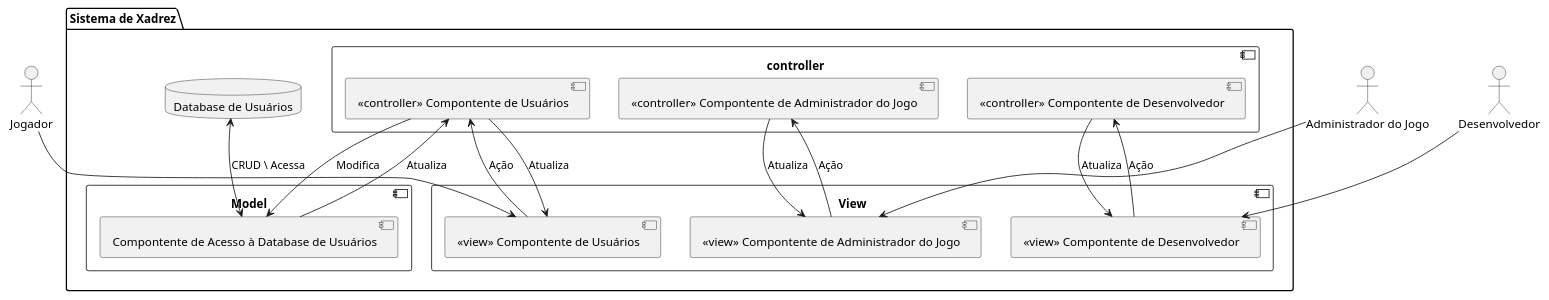
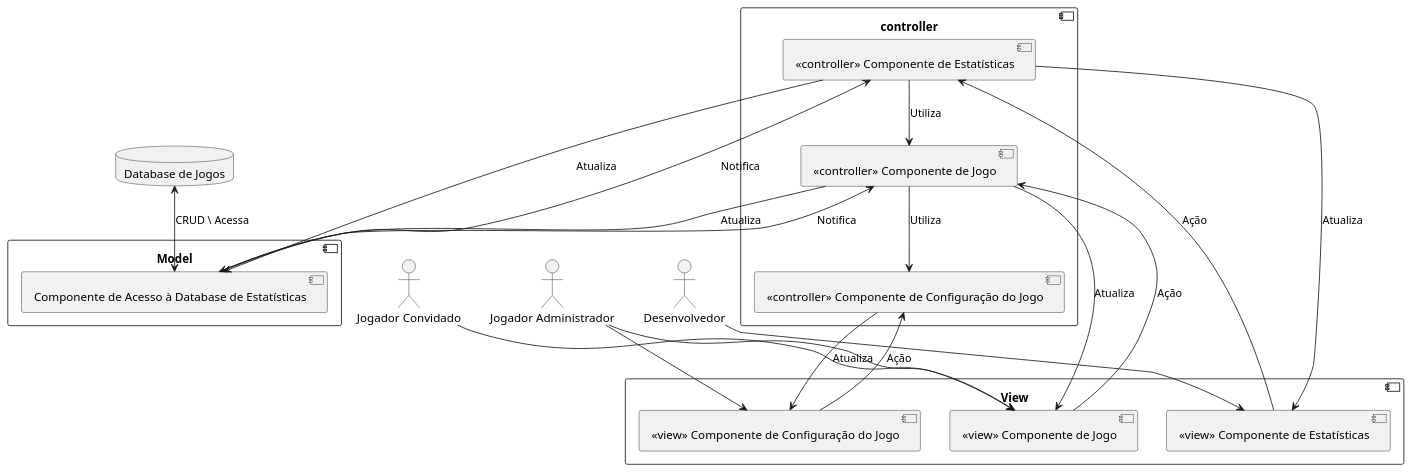
The diagram in modeloArquitetura.plantuml (luana-hartmann/SSC0621), drawn with PlantUML before and after one commit. The commit also changed 4 other files, not shown here.

Commit message:
updates important diagrams

```diff
--- a/modeloArquitetura.plantuml
+++ b/modeloArquitetura.plantuml
@@ -1,53 +1,58 @@
 @startuml modeloArquitetura
-package "Sistema de Xadrez" {
   component "View"{
-    [<<view>> Compontente de Usuários]
-    [<<view>> Compontente de Administrador do Jogo]
-    [<<view>> Compontente de Desenvolvedor]
+    [<<view>> Componente de Jogo]
+    [<<view>> Componente de Configuração do Jogo]
+    [<<view>> Componente de Estatísticas]
   }
   component "controller"{
-    [<<controller>> Compontente de Usuários]
-    [<<controller>> Compontente de Administrador do Jogo]
-    [<<controller>> Compontente de Desenvolvedor]
+    [<<controller>> Componente de Jogo]
+    [<<controller>> Componente de Configuração do Jogo]
+    [<<controller>> Componente de Estatísticas]
   }
 
   component "Model"{
-    [Compontente de Acesso à Database de Usuários]
+    [Componente de Acesso à Database de Estatísticas]
   }
 
-  database "Database de Usuários" as db
+  database "Database de Jogos" as db
 
-  [<<controller>> Compontente de Usuários] --> [<<view>> Compontente de Usuários] : Atualiza
-  [<<controller>> Compontente de Administrador do Jogo] --> [<<view>> Compontente de Administrador do Jogo] : Atualiza
-  [<<controller>> Compontente de Desenvolvedor] --> [<<view>> Compontente de Desenvolvedor] : Atualiza
+  [<<controller>> Componente de Jogo] --> [<<view>> Componente de Jogo] : Atualiza
+  [<<controller>> Componente de Configuração do Jogo] --> [<<view>> Componente de Configuração do Jogo] : Atualiza
+  [<<controller>> Componente de Estatísticas] --> [<<view>> Componente de Estatísticas] : Atualiza
 
-  [<<controller>> Compontente de Usuários] <-- [<<view>> Compontente de Usuários] : Ação
-  [<<controller>> Compontente de Administrador do Jogo] <-- [<<view>> Compontente de Administrador do Jogo] : Ação
-  [<<controller>> Compontente de Desenvolvedor] <-- [<<view>> Compontente de Desenvolvedor] : Ação
+  [<<controller>> Componente de Jogo] --> [<<controller>> Componente de Configuração do Jogo] : Utiliza
+  [<<controller>> Componente de Estatísticas] --> [<<controller>> Componente de Jogo] : Utiliza
 
-  [<<controller>> Compontente de Usuários] <-- [Compontente de Acesso à Database de Usuários] : Atualiza
-  [<<controller>> Compontente de Usuários] --> [Compontente de Acesso à Database de Usuários] : Modifica
+  [<<controller>> Componente de Jogo] <-- [<<view>> Componente de Jogo] : Ação
+  [<<controller>> Componente de Configuração do Jogo] <-- [<<view>> Componente de Configuração do Jogo] : Ação
+  [<<controller>> Componente de Estatísticas] <-- [<<view>> Componente de Estatísticas] : Ação
 
-  db <--> [Compontente de Acesso à Database de Usuários] : CRUD \\ Acessa
+  [<<controller>> Componente de Estatísticas] <-- [Componente de Acesso à Database de Estatísticas] : Notifica
+  [<<controller>> Componente de Estatísticas] --> [Componente de Acesso à Database de Estatísticas] : Atualiza
+  [<<controller>> Componente de Jogo] <-- [Componente de Acesso à Database de Estatísticas] : Notifica
+  [<<controller>> Componente de Jogo] --> [Componente de Acesso à Database de Estatísticas] : Atualiza
+
+  db <--> [Componente de Acesso à Database de Estatísticas] : CRUD \\ Acessa
 
 
-}
 
-actor "Jogador" as Player
-actor "Administrador do Jogo" as Admin
+
+actor "Jogador Convidado" as Player
+actor "Jogador Administrador" as Admin
 actor "Desenvolvedor" as Dev
 
-Player --> [<<view>> Compontente de Usuários]
+Player --> [<<view>> Componente de Jogo]
 
-Admin --> [<<view>> Compontente de Administrador do Jogo]
+Admin --> [<<view>> Componente de Configuração do Jogo]
+Admin --> [<<view>> Componente de Jogo]
 
-Dev --> [<<view>> Compontente de Desenvolvedor]
+Dev --> [<<view>> Componente de Estatísticas]
 
 ' Integrantes
 'note as N
   'Guilherme Lorete Schmidt - 13676857
   'Luana Hartmann Franco da Cruz - 13676350
   'João Pedro Gomes - 13839069
 'end note
 
 @enduml
```
